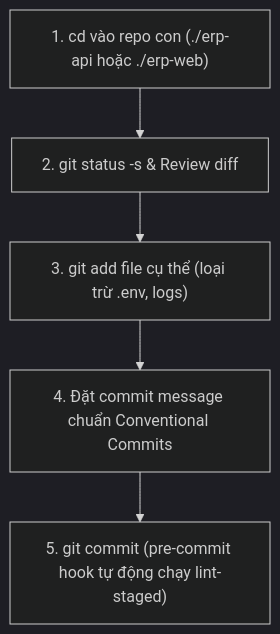
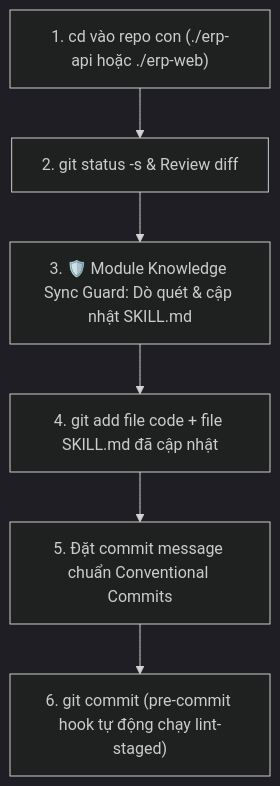
One commit to kindustries-erp/erp-api changed the first of 3 diagrams in .agents/skills/erp-git-workflow/SKILL.md. Above: the diagram before and after it, drawn with Mermaid (dark theme). The commit also changed other lines of this file, not shown here.

Commit message:
feat(workflow): enhance erp-git-workflow voi Module Knowledge Sync Guard truoc khi commit

````diff
--- a/.agents/skills/erp-git-workflow/SKILL.md
+++ b/.agents/skills/erp-git-workflow/SKILL.md
@@ -35,7 +37,8 @@
 ```mermaid
 graph TD
     A["1. cd vào repo con (./erp-api hoặc ./erp-web)"] --> B["2. git status -s & Review diff"]
-    B --> C["3. git add file cụ thể (loại trừ .env, logs)"]
-    C --> D["4. Đặt commit message chuẩn Conventional Commits"]
-    D --> E["5. git commit (pre-commit hook tự động chạy lint-staged)"]
+    B --> C["3. 🛡️ Module Knowledge Sync Guard: Dò quét & cập nhật SKILL.md"]
+    C --> D["4. git add file code + file SKILL.md đã cập nhật"]
+    D --> E["5. Đặt commit message chuẩn Conventional Commits"]
+    E --> F["6. git commit (pre-commit hook tự động chạy lint-staged)"]
 ```
````
